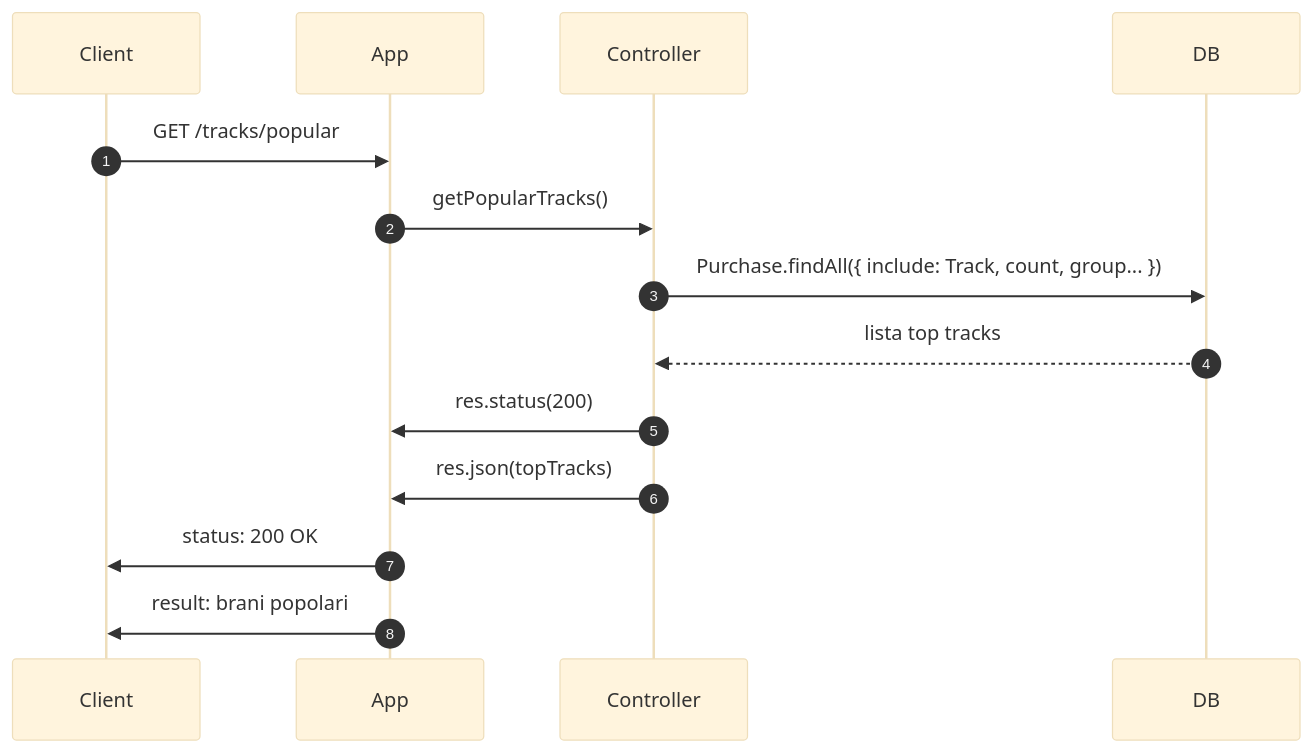
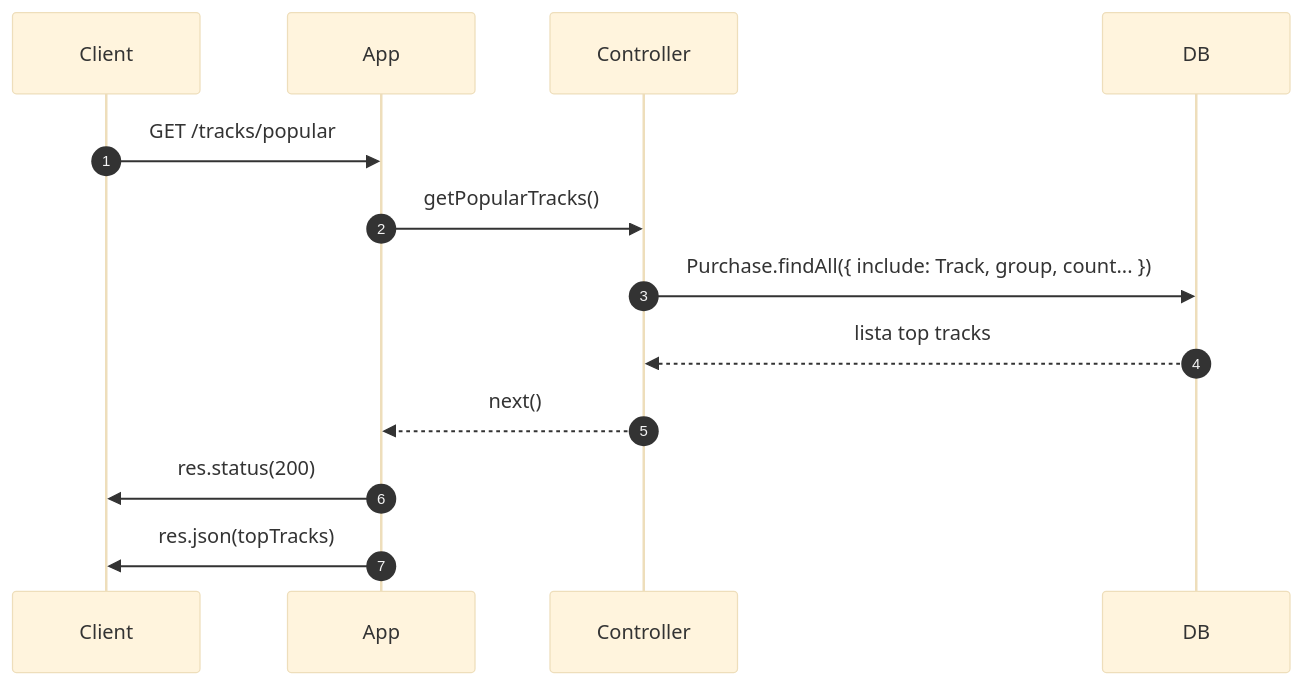
Before and after one commit to Daniel-Diocis/VoidTracksWeb: the fifth of 9 diagrams in README.md, drawn with Mermaid (base theme). The commit also changed other lines of this file, not shown here.

````diff
--- a/README.md
+++ b/README.md
@@ -456,17 +471,17 @@
 ```mermaid
 sequenceDiagram
   autonumber
   participant Client
   participant App
   participant Controller
   participant DB
 
   Client->>App: GET /tracks/popular
   App->>Controller: getPopularTracks()
-  Controller->>DB: Purchase.findAll({ include: Track, count, group... })
+  Controller->>DB: Purchase.findAll({ include: Track, group, count... })
   DB-->>Controller: lista top tracks
-  Controller->>App: res.status(200)
-  Controller->>App: res.json(topTracks)
-  App->>Client: status: 200 OK
-  App->>Client: result: brani popolari
+  Controller-->>App: next()
+
+  App->>Client: res.status(200)
+  App->>Client: res.json(topTracks)
 ```
````
